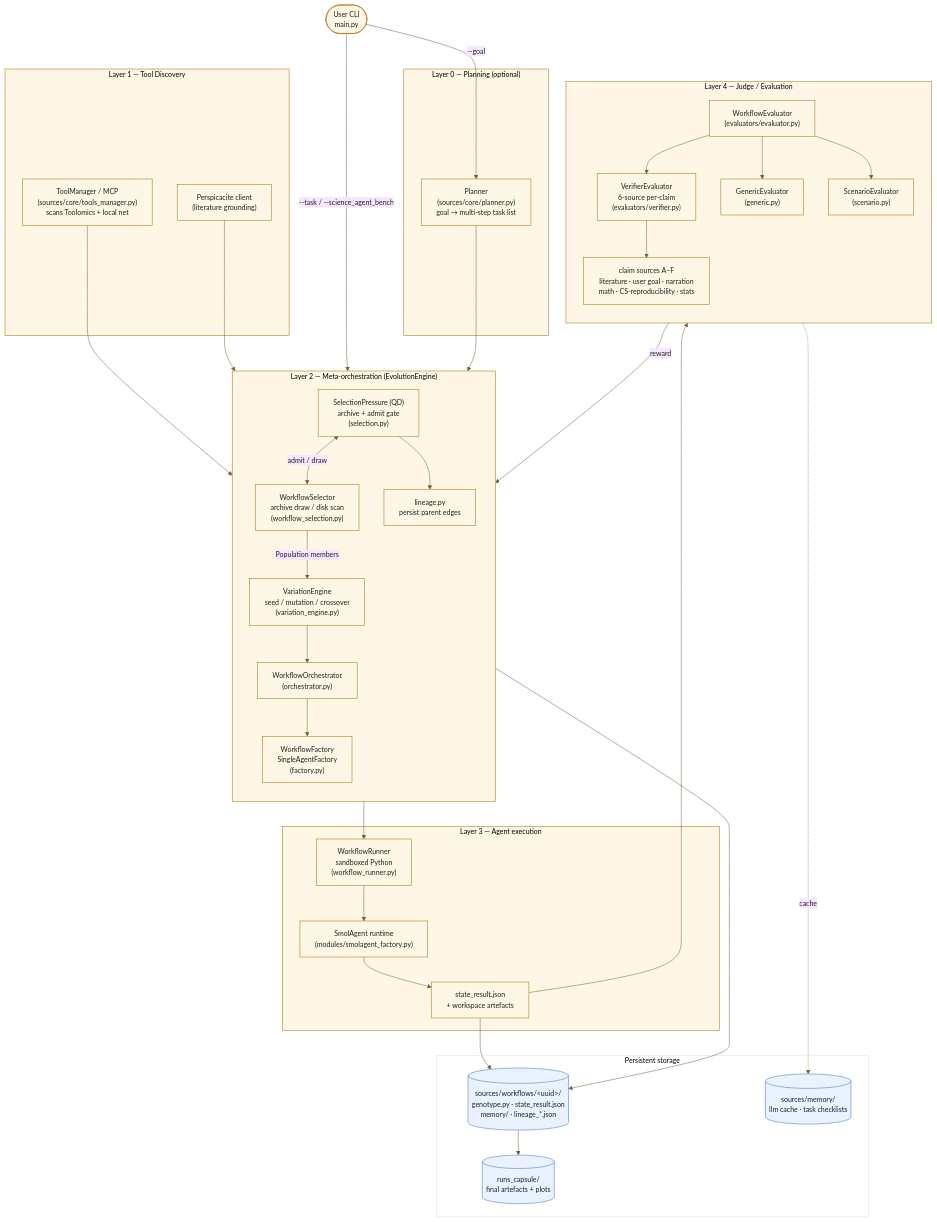
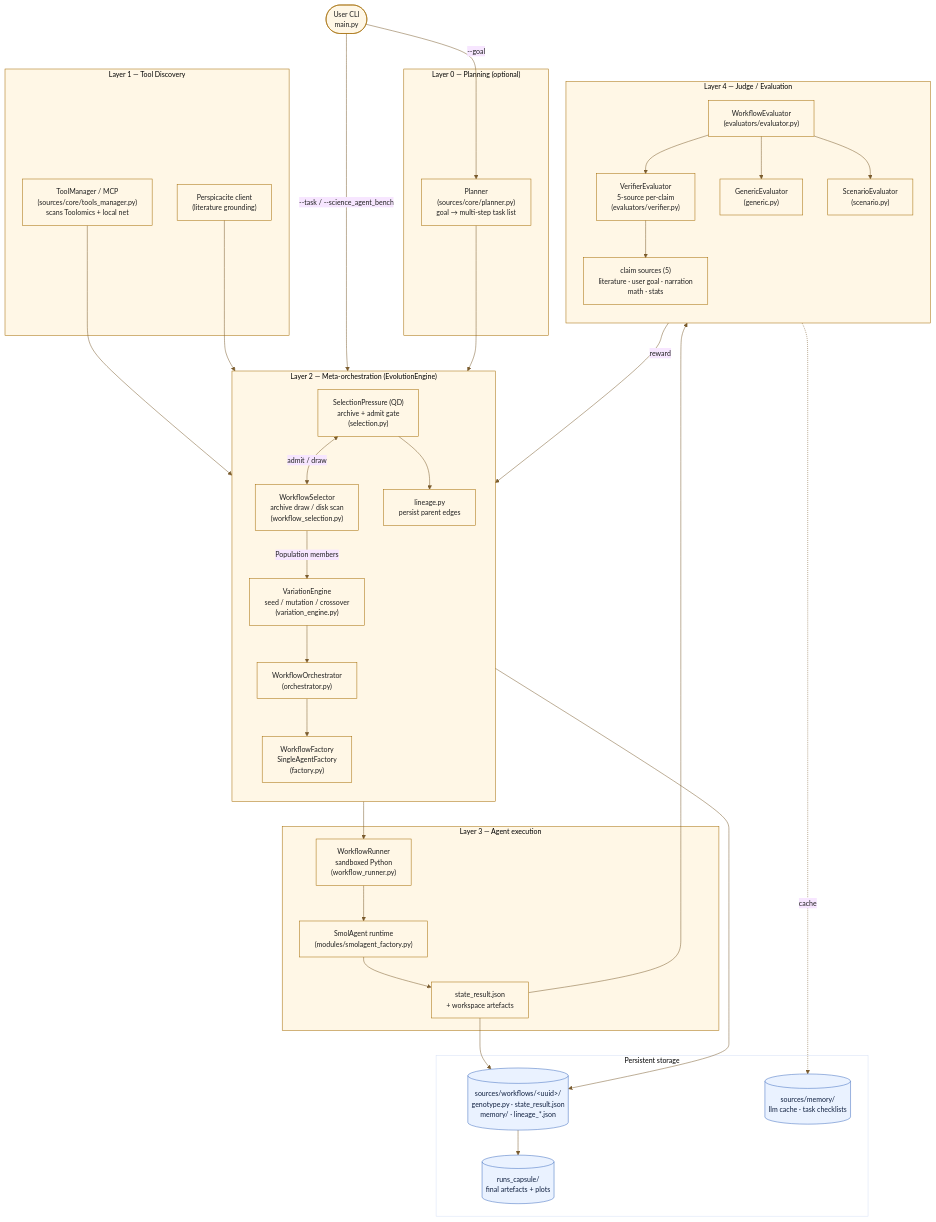
Before and after one commit to HolobiomicsLab/Mimosa-AI: the diagram in docs/diagrams/architecture_overall.mermaid, drawn with Mermaid. The commit also changed 14 other files, not shown here.

Commit message:
feat: verifier change for better visual verifiaction; remove source G; make workflow prompt+mutation less prone to collapse to same workflow kind

```diff
--- a/docs/diagrams/architecture_overall.mermaid
+++ b/docs/diagrams/architecture_overall.mermaid
@@ -1,85 +1,85 @@
 %%{init: {"theme": "base", "themeVariables": {
   "primaryColor": "#FFF7E6",
   "primaryBorderColor": "#A36A00",
   "primaryTextColor": "#202020",
   "lineColor": "#7A5C2E",
   "fontSize": "14px"
 }} }%%
 flowchart TB
     %% =============== entry ===================================================
     User([User CLI<br/>main.py])
 
     subgraph L0["Layer 0 — Planning (optional)"]
         Planner["Planner<br/>(sources/core/planner.py)<br/>goal → multi-step task list"]
     end
 
     subgraph L1["Layer 1 — Tool Discovery"]
         Tools["ToolManager / MCP<br/>(sources/core/tools_manager.py)<br/>scans Toolomics + local net"]
         Persp["Perspicacite client<br/>(literature grounding)"]
     end
 
     subgraph L2["Layer 2 — Meta-orchestration (EvolutionEngine)"]
         direction TB
         ParentSel["WorkflowSelector<br/>archive draw / disk scan<br/>(workflow_selection.py)"]
         Selection["SelectionPressure (QD)<br/>archive + admit gate<br/>(selection.py)"]
         Variation["VariationEngine<br/>seed / mutation / crossover<br/>(variation_engine.py)"]
         Orch["WorkflowOrchestrator<br/>(orchestrator.py)"]
         Factory["WorkflowFactory<br/>SingleAgentFactory<br/>(factory.py)"]
         Lineage["lineage.py<br/>persist parent edges"]
     end
 
     subgraph L3["Layer 3 — Agent execution"]
         Runner["WorkflowRunner<br/>sandboxed Python<br/>(workflow_runner.py)"]
         Smol["SmolAgent runtime<br/>(modules/smolagent_factory.py)"]
         State["state_result.json<br/>+ workspace artefacts"]
     end
 
     subgraph L4["Layer 4 — Judge / Evaluation"]
         direction TB
         Eval["WorkflowEvaluator<br/>(evaluators/evaluator.py)"]
-        Verifier["VerifierEvaluator<br/>6-source per-claim<br/>(evaluators/verifier.py)"]
-        Sources["claim sources A–F<br/>literature · user goal · narration<br/>math · CS-reproducibility · stats"]
+        Verifier["VerifierEvaluator<br/>5-source per-claim<br/>(evaluators/verifier.py)"]
+        Sources["claim sources (5)<br/>literature · user goal · narration<br/>math · stats"]
         Generic["GenericEvaluator<br/>(generic.py)"]
         Scenario["ScenarioEvaluator<br/>(scenario.py)"]
     end
 
     subgraph Storage["Persistent storage"]
         WFs[("sources/workflows/&lt;uuid&gt;/<br/>genotype.py · state_result.json<br/>memory/ · lineage_*.json")]
         Capsule[("runs_capsule/<br/>final artefacts + plots")]
         Cache[("sources/memory/<br/>llm cache · task checklists")]
     end
 
     %% =============== flows ===================================================
     User -->|--goal| Planner
     User -->|--task / --science_agent_bench| L2
     Planner --> L2
 
     Tools --> Factory
     Persp --> Orch
 
     ParentSel -->|Population members| Variation
     Selection <-->|admit / draw| ParentSel
     Variation --> Orch
     Orch --> Factory
     Factory --> Runner
     Runner --> Smol
     Smol --> State
 
     State --> Eval
     Eval --> Verifier
     Verifier --> Sources
     Eval --> Generic
     Eval --> Scenario
 
     Eval -- reward --> Selection
     Selection --> Lineage
     Lineage --> WFs
     State --> WFs
     WFs --> Capsule
     Eval -.cache.-> Cache
 
     %% =============== styling =================================================
     classDef layer fill:#FFF7E6,stroke:#A36A00,stroke-width:1px;
     classDef store fill:#EAF2FF,stroke:#3D6BBF,color:#102040;
     class L0,L1,L2,L3,L4 layer;
     class WFs,Capsule,Cache store;
```
